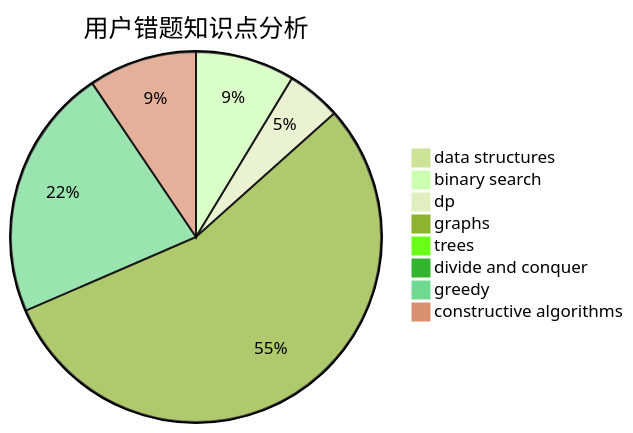
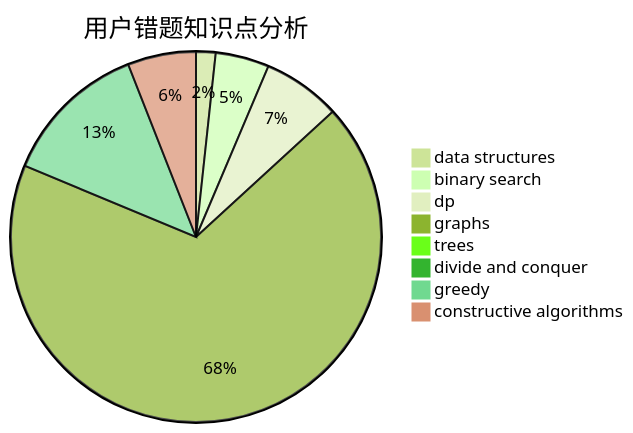
One commit to sherpahu/cfrs.github.io changed the third of 3 diagrams in docs/user/u2301.md. Above: the diagram before and after it, drawn with Mermaid (forest theme). The commit also changed other lines of this file and 2770 other files, not shown here.

````diff
--- a/docs/user/u2301.md
+++ b/docs/user/u2301.md
@@ -36,11 +36,11 @@
 ```mermaid
 pie title 用户错题知识点分析
-    "data structures" :  1
+    "data structures" :  4
     "binary search" :  11
-    "dp" :  6
-    "graphs" :  70
+    "dp" :  16
+    "graphs" :  160
     "trees" :  0
     "divide and conquer" :  0
-    "greedy" :  28
-    "constructive algorithms" :  12
+    "greedy" :  30
+    "constructive algorithms" :  14
 ```
````
